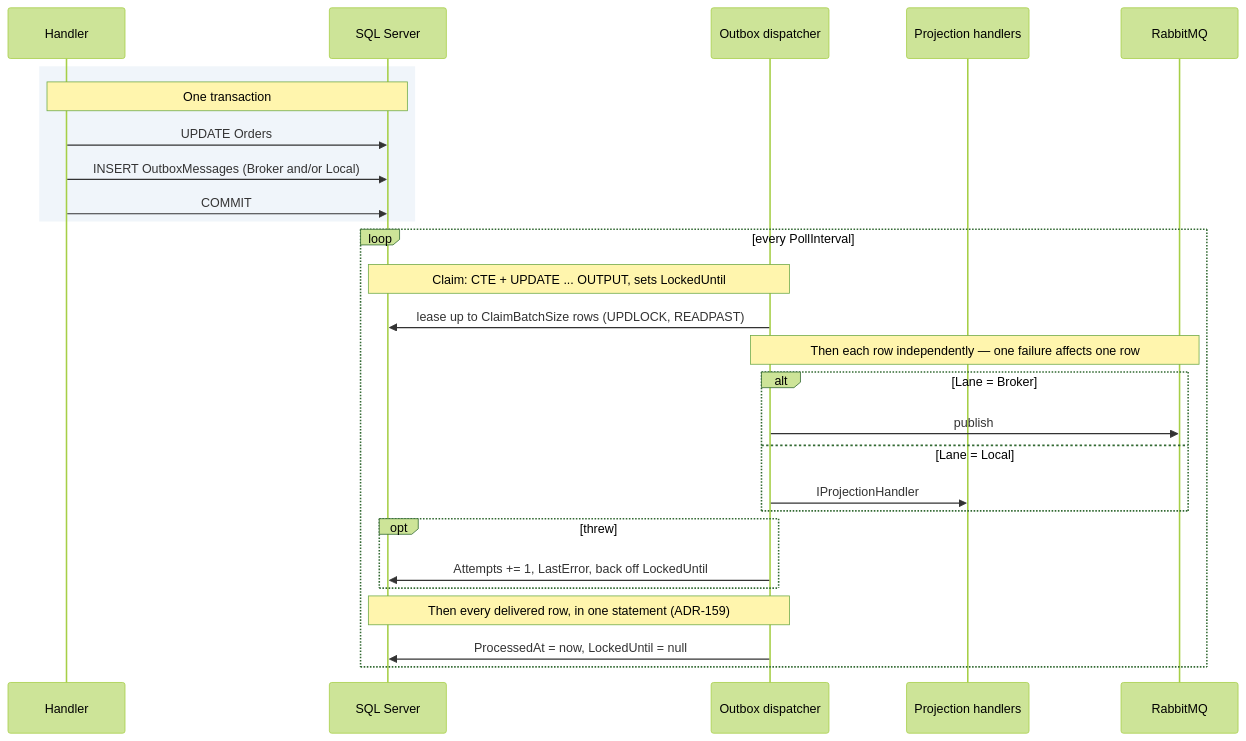
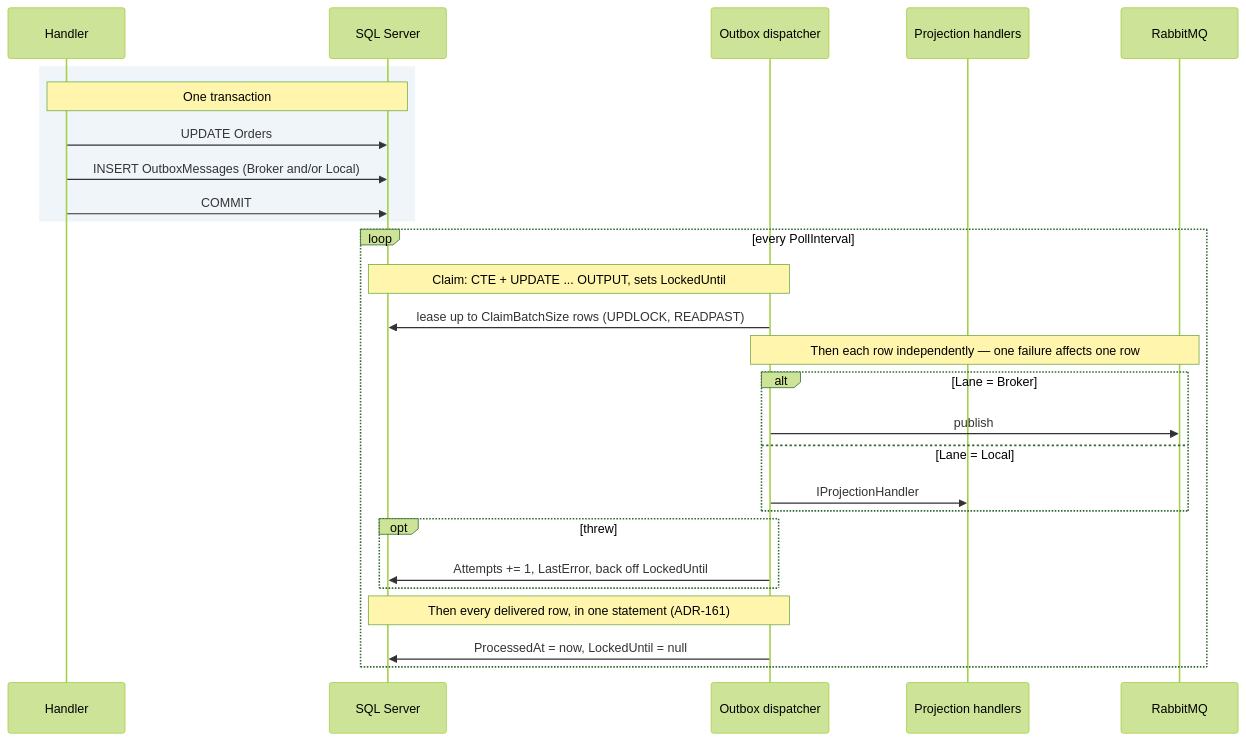
The first of 2 diagrams in docs/backend-architecture/09-messaging.md (alexander-shamray/blueprint-backend), drawn with Mermaid (forest theme) before and after one commit. The commit also changed other lines of this file and 13 other files, not shown here.

````diff
--- a/docs/backend-architecture/09-messaging.md
+++ b/docs/backend-architecture/09-messaging.md
@@ -440,34 +440,34 @@
 ```mermaid
 sequenceDiagram
     participant H as Handler
     participant DB as SQL Server
     participant D as Outbox dispatcher
     participant P as Projection handlers
     participant MQ as RabbitMQ
 
     rect rgb(240, 245, 250)
     Note over H,DB: One transaction
     H->>DB: UPDATE Orders
     H->>DB: INSERT OutboxMessages (Broker and/or Local)
     H->>DB: COMMIT
     end
 
     loop every PollInterval
         Note over D,DB: Claim: CTE + UPDATE ... OUTPUT, sets LockedUntil
         D->>DB: lease up to ClaimBatchSize rows (UPDLOCK, READPAST)
 
         Note over D,MQ: Then each row independently — one failure affects one row
         alt Lane = Broker
             D->>MQ: publish
         else Lane = Local
             D->>P: IProjectionHandler
         end
 
         opt threw
             D->>DB: Attempts += 1, LastError, back off LockedUntil
         end
 
-        Note over D,DB: Then every delivered row, in one statement (ADR-159)
+        Note over D,DB: Then every delivered row, in one statement (ADR-161)
         D->>DB: ProcessedAt = now, LockedUntil = null
     end
 ```
````
